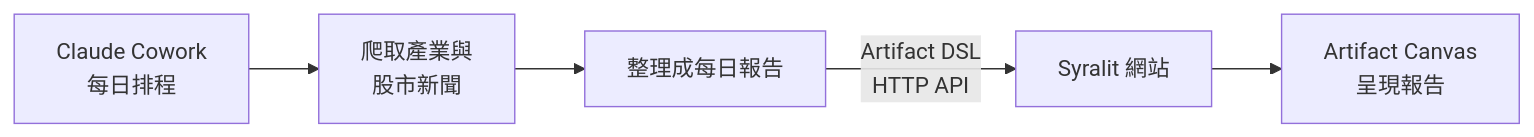
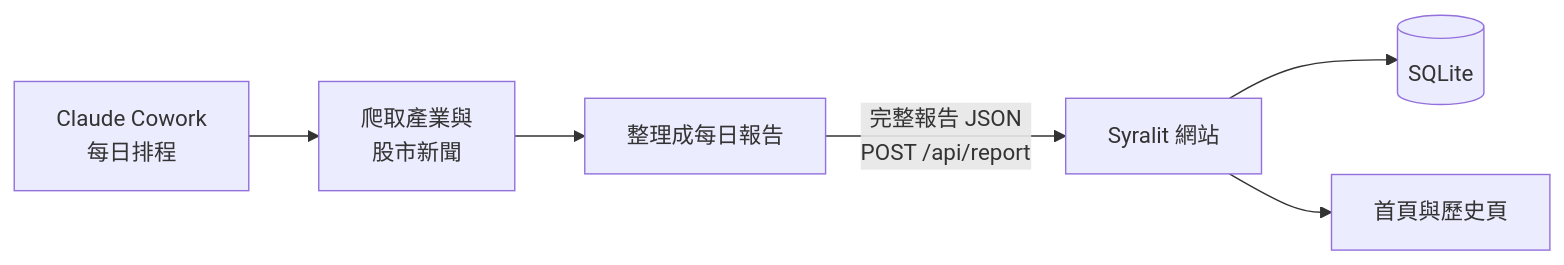
One commit to HazelnutParadise/briefast changed the diagram in README.md. Above: the diagram before and after it, drawn with Mermaid. The commit also changed other lines of this file and 47 other files, not shown here.

````diff
--- a/README.md
+++ b/README.md
@@ -7,7 +7,8 @@
 ```mermaid
 flowchart LR
     A[Claude Cowork<br>每日排程] --> B[爬取產業與<br>股市新聞]
     B --> C[整理成每日報告]
-    C -->|Artifact DSL<br>HTTP API| D[Syralit 網站]
-    D --> E[Artifact Canvas<br>呈現報告]
+    C -->|完整報告 JSON<br>POST /api/report| D[Syralit 網站]
+    D --> E[(SQLite)]
+    D --> F[首頁與歷史頁]
 ```
````
